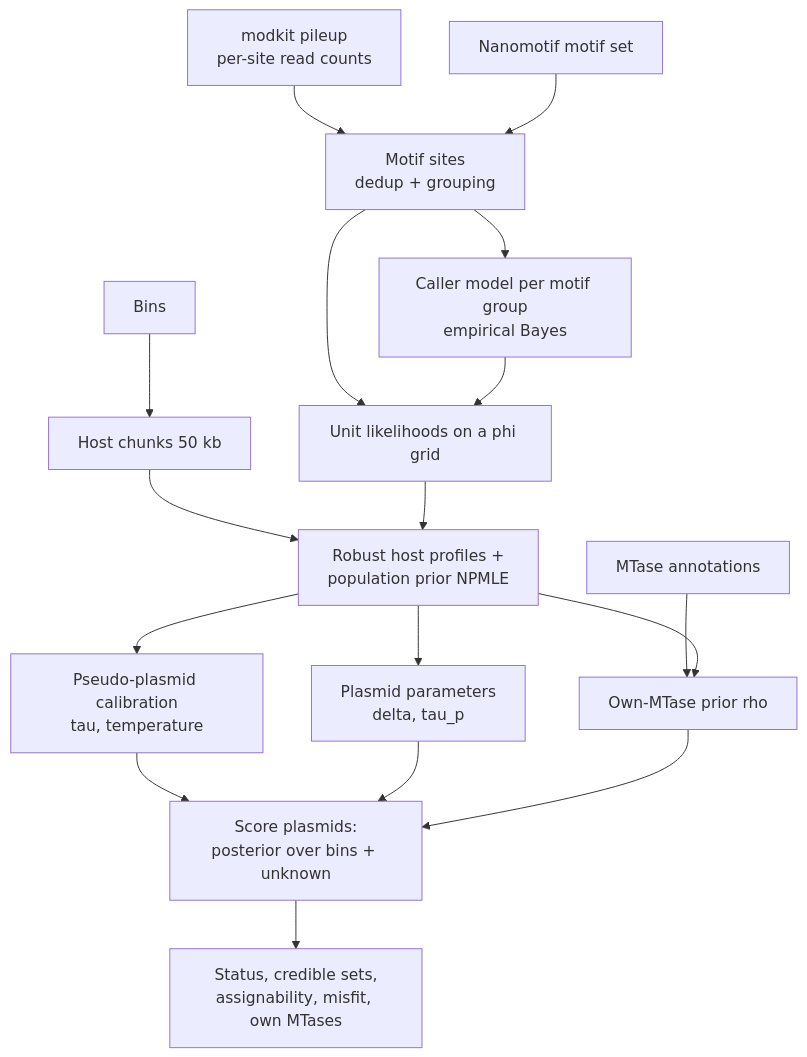
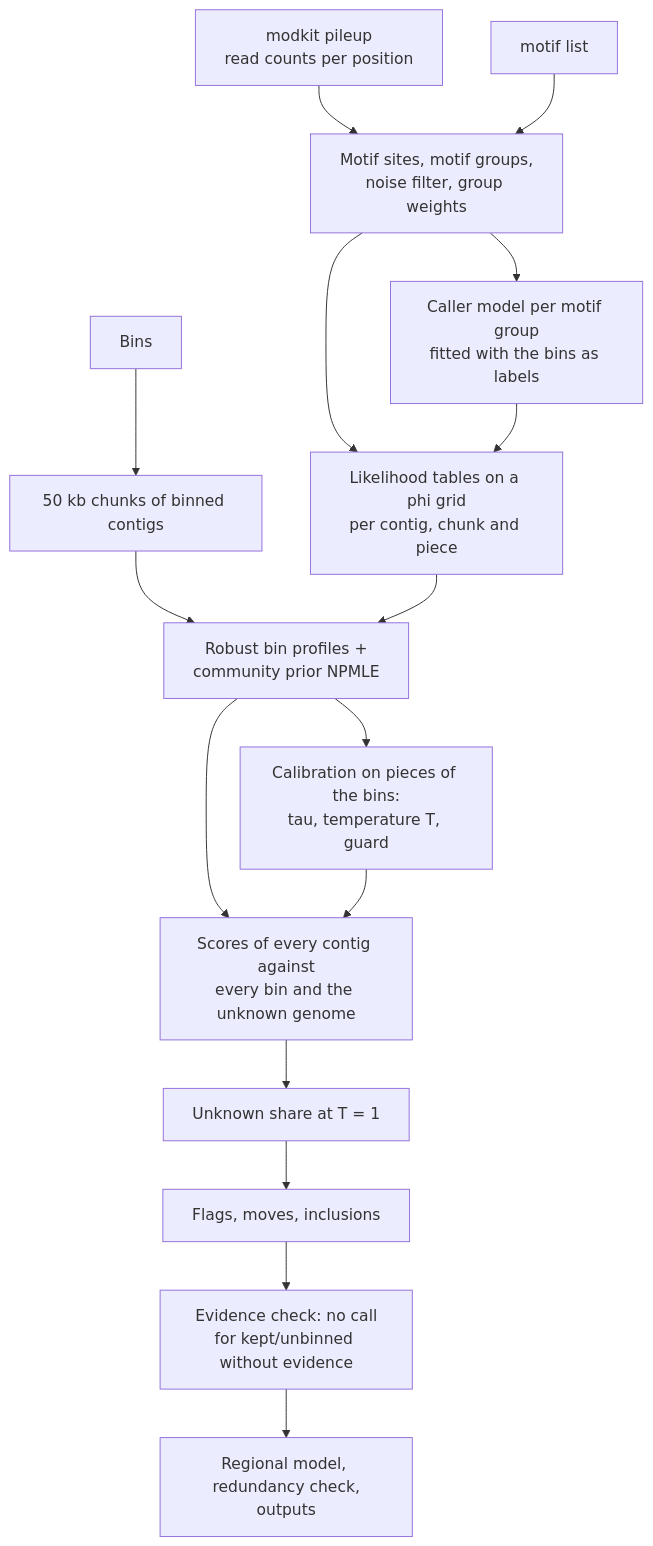
Before and after one commit to SorenHeidelbach/epirefine: the diagram in docs/development/method-notes.md, drawn with Mermaid. The commit also changed other lines of this file and 4 other files, not shown here.

````diff
--- a/docs/development/method-notes.md
+++ b/docs/development/method-notes.md
@@ -76,19 +64,18 @@
 ```mermaid
 flowchart TD
-  P[modkit pileup<br/>per-site read counts] --> S[Motif sites<br/>dedup + grouping]
-  M[Nanomotif motif set] --> S
-  S --> DET[Caller model per motif group<br/>empirical Bayes]
-  S --> UL[Unit likelihoods on a phi grid]
+  P[modkit pileup<br/>read counts per position] --> S[Motif sites, motif groups,<br/>noise filter, group weights]
+  M[motif list] --> S
+  S --> DET[Caller model per motif group<br/>fitted with the bins as labels]
+  S --> UL[Likelihood tables on a phi grid<br/>per contig, chunk and piece]
   DET --> UL
-  B[Bins] --> CH[Host chunks 50 kb]
-  CH --> HP[Robust host profiles +<br/>population prior NPMLE]
+  B[Bins] --> CH[50 kb chunks of binned contigs]
+  CH --> HP[Robust bin profiles +<br/>community prior NPMLE]
   UL --> HP
-  HP --> CAL[Pseudo-plasmid calibration<br/>tau, temperature]
-  HP --> PP[Plasmid parameters<br/>delta, tau_p]
-  ANN[MTase annotations] --> RHO[Own-MTase prior rho]
-  HP --> RHO
-  CAL --> SC[Score plasmids:<br/>posterior over bins + unknown]
-  PP --> SC
-  RHO --> SC
-  SC --> OUT[Status, credible sets,<br/>assignability, misfit, own MTases]
+  HP --> CAL[Calibration on pieces of the bins:<br/>tau, temperature T, guard]
+  HP --> SC[Scores of every contig against<br/>every bin and the unknown genome]
+  CAL --> SC
+  SC --> SH[Unknown share at T = 1]
+  SH --> DEC[Flags, moves, inclusions]
+  DEC --> EV[Evidence check: no call<br/>for kept/unbinned without evidence]
+  EV --> OUT[Regional model, redundancy check,<br/>outputs]
 ```
````
